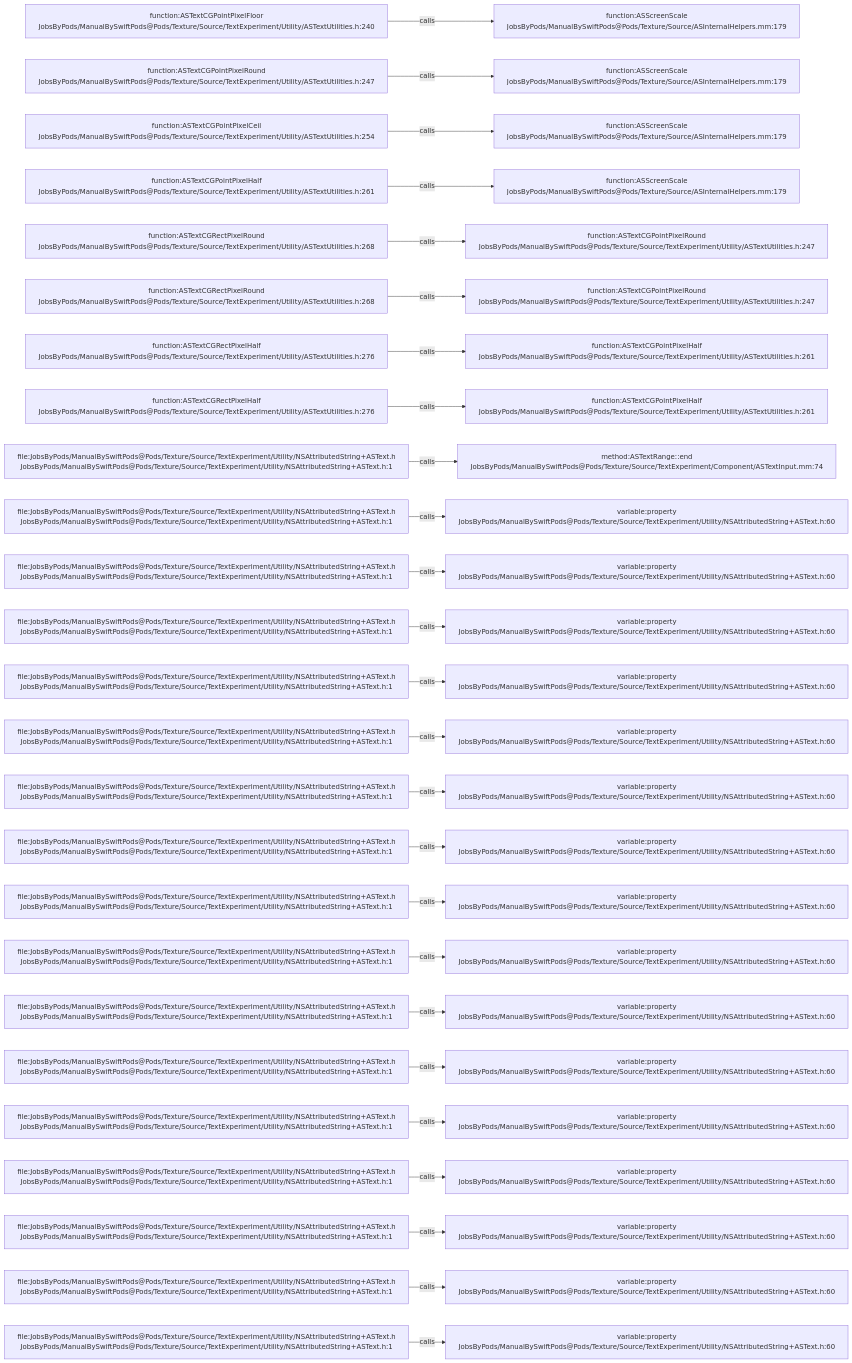
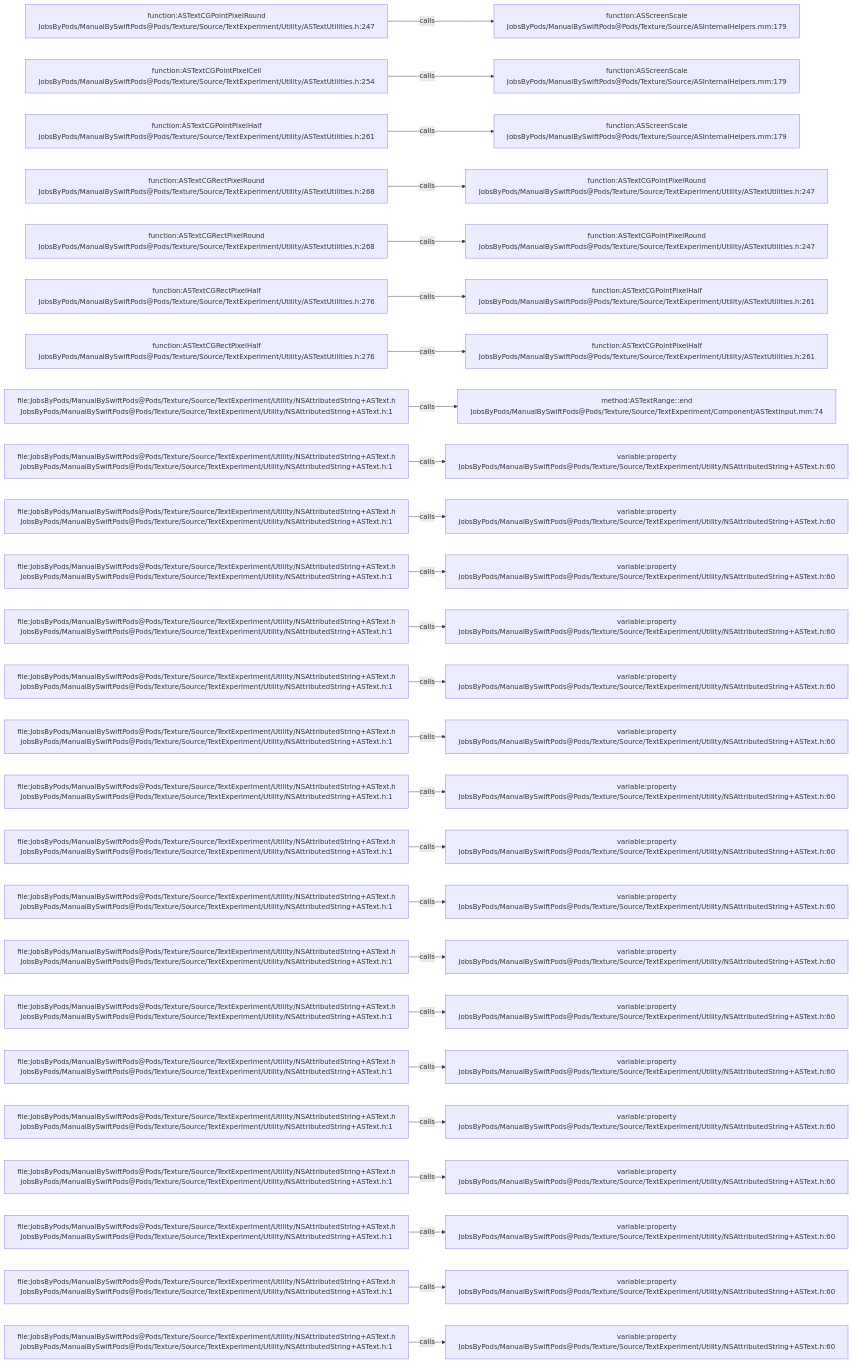
One commit to JobsKits/JobsSwiftBaseConfigDemo changed the diagram in .codegraph/codegraph.md/graphs/calls-140.md. Above: the diagram before and after it, drawn with Mermaid. The commit also changed 747 other files, not shown here.

````diff
--- a/.codegraph/codegraph.md/graphs/calls-140.md
+++ b/.codegraph/codegraph.md/graphs/calls-140.md
@@ -13,78 +13,78 @@
 ```mermaid
 flowchart LR
-  S1["function:ASTextCGPointPixelFloor<br/>JobsByPods/ManualBySwiftPods@Pods/Texture/Source/TextExperiment/Utility/ASTextUtilities.h:240"]
+  S1["function:ASTextCGPointPixelRound<br/>JobsByPods/ManualBySwiftPods@Pods/Texture/Source/TextExperiment/Utility/ASTextUtilities.h:247"]
   T1["function:ASScreenScale<br/>JobsByPods/ManualBySwiftPods@Pods/Texture/Source/ASInternalHelpers.mm:179"]
   S1 -->|calls| T1
-  S2["function:ASTextCGPointPixelRound<br/>JobsByPods/ManualBySwiftPods@Pods/Texture/Source/TextExperiment/Utility/ASTextUtilities.h:247"]
+  S2["function:ASTextCGPointPixelCeil<br/>JobsByPods/ManualBySwiftPods@Pods/Texture/Source/TextExperiment/Utility/ASTextUtilities.h:254"]
   T2["function:ASScreenScale<br/>JobsByPods/ManualBySwiftPods@Pods/Texture/Source/ASInternalHelpers.mm:179"]
   S2 -->|calls| T2
-  S3["function:ASTextCGPointPixelCeil<br/>JobsByPods/ManualBySwiftPods@Pods/Texture/Source/TextExperiment/Utility/ASTextUtilities.h:254"]
+  S3["function:ASTextCGPointPixelHalf<br/>JobsByPods/ManualBySwiftPods@Pods/Texture/Source/TextExperiment/Utility/ASTextUtilities.h:261"]
   T3["function:ASScreenScale<br/>JobsByPods/ManualBySwiftPods@Pods/Texture/Source/ASInternalHelpers.mm:179"]
   S3 -->|calls| T3
-  S4["function:ASTextCGPointPixelHalf<br/>JobsByPods/ManualBySwiftPods@Pods/Texture/Source/TextExperiment/Utility/ASTextUtilities.h:261"]
-  T4["function:ASScreenScale<br/>JobsByPods/ManualBySwiftPods@Pods/Texture/Source/ASInternalHelpers.mm:179"]
+  S4["function:ASTextCGRectPixelRound<br/>JobsByPods/ManualBySwiftPods@Pods/Texture/Source/TextExperiment/Utility/ASTextUtilities.h:268"]
+  T4["function:ASTextCGPointPixelRound<br/>JobsByPods/ManualBySwiftPods@Pods/Texture/Source/TextExperiment/Utility/ASTextUtilities.h:247"]
   S4 -->|calls| T4
   S5["function:ASTextCGRectPixelRound<br/>JobsByPods/ManualBySwiftPods@Pods/Texture/Source/TextExperiment/Utility/ASTextUtilities.h:268"]
   T5["function:ASTextCGPointPixelRound<br/>JobsByPods/ManualBySwiftPods@Pods/Texture/Source/TextExperiment/Utility/ASTextUtilities.h:247"]
   S5 -->|calls| T5
-  S6["function:ASTextCGRectPixelRound<br/>JobsByPods/ManualBySwiftPods@Pods/Texture/Source/TextExperiment/Utility/ASTextUtilities.h:268"]
-  T6["function:ASTextCGPointPixelRound<br/>JobsByPods/ManualBySwiftPods@Pods/Texture/Source/TextExperiment/Utility/ASTextUtilities.h:247"]
+  S6["function:ASTextCGRectPixelHalf<br/>JobsByPods/ManualBySwiftPods@Pods/Texture/Source/TextExperiment/Utility/ASTextUtilities.h:276"]
+  T6["function:ASTextCGPointPixelHalf<br/>JobsByPods/ManualBySwiftPods@Pods/Texture/Source/TextExperiment/Utility/ASTextUtilities.h:261"]
   S6 -->|calls| T6
   S7["function:ASTextCGRectPixelHalf<br/>JobsByPods/ManualBySwiftPods@Pods/Texture/Source/TextExperiment/Utility/ASTextUtilities.h:276"]
   T7["function:ASTextCGPointPixelHalf<br/>JobsByPods/ManualBySwiftPods@Pods/Texture/Source/TextExperiment/Utility/ASTextUtilities.h:261"]
   S7 -->|calls| T7
-  S8["function:ASTextCGRectPixelHalf<br/>JobsByPods/ManualBySwiftPods@Pods/Texture/Source/TextExperiment/Utility/ASTextUtilities.h:276"]
-  T8["function:ASTextCGPointPixelHalf<br/>JobsByPods/ManualBySwiftPods@Pods/Texture/Source/TextExperiment/Utility/ASTextUtilities.h:261"]
+  S8["file:JobsByPods/ManualBySwiftPods@Pods/Texture/Source/TextExperiment/Utility/NSAttributedString+ASText.h<br/>JobsByPods/ManualBySwiftPods@Pods/Texture/Source/TextExperiment/Utility/NSAttributedString+ASText.h:1"]
+  T8["method:ASTextRange::end<br/>JobsByPods/ManualBySwiftPods@Pods/Texture/Source/TextExperiment/Component/ASTextInput.mm:74"]
   S8 -->|calls| T8
   S9["file:JobsByPods/ManualBySwiftPods@Pods/Texture/Source/TextExperiment/Utility/NSAttributedString+ASText.h<br/>JobsByPods/ManualBySwiftPods@Pods/Texture/Source/TextExperiment/Utility/NSAttributedString+ASText.h:1"]
-  T9["method:ASTextRange::end<br/>JobsByPods/ManualBySwiftPods@Pods/Texture/Source/TextExperiment/Component/ASTextInput.mm:74"]
+  T9["variable:property<br/>JobsByPods/ManualBySwiftPods@Pods/Texture/Source/TextExperiment/Utility/NSAttributedString+ASText.h:60"]
   S9 -->|calls| T9
   S10["file:JobsByPods/ManualBySwiftPods@Pods/Texture/Source/TextExperiment/Utility/NSAttributedString+ASText.h<br/>JobsByPods/ManualBySwiftPods@Pods/Texture/Source/TextExperiment/Utility/NSAttributedString+ASText.h:1"]
   T10["variable:property<br/>JobsByPods/ManualBySwiftPods@Pods/Texture/Source/TextExperiment/Utility/NSAttributedString+ASText.h:60"]
   S10 -->|calls| T10
   S11["file:JobsByPods/ManualBySwiftPods@Pods/Texture/Source/TextExperiment/Utility/NSAttributedString+ASText.h<br/>JobsByPods/ManualBySwiftPods@Pods/Texture/Source/TextExperiment/Utility/NSAttributedString+ASText.h:1"]
   T11["variable:property<br/>JobsByPods/ManualBySwiftPods@Pods/Texture/Source/TextExperiment/Utility/NSAttributedString+ASText.h:60"]
   S11 -->|calls| T11
   S12["file:JobsByPods/ManualBySwiftPods@Pods/Texture/Source/TextExperiment/Utility/NSAttributedString+ASText.h<br/>JobsByPods/ManualBySwiftPods@Pods/Texture/Source/TextExperiment/Utility/NSAttributedString+ASText.h:1"]
   T12["variable:property<br/>JobsByPods/ManualBySwiftPods@Pods/Texture/Source/TextExperiment/Utility/NSAttributedString+ASText.h:60"]
   S12 -->|calls| T12
   S13["file:JobsByPods/ManualBySwiftPods@Pods/Texture/Source/TextExperiment/Utility/NSAttributedString+ASText.h<br/>JobsByPods/ManualBySwiftPods@Pods/Texture/Source/TextExperiment/Utility/NSAttributedString+ASText.h:1"]
   T13["variable:property<br/>JobsByPods/ManualBySwiftPods@Pods/Texture/Source/TextExperiment/Utility/NSAttributedString+ASText.h:60"]
   S13 -->|calls| T13
   S14["file:JobsByPods/ManualBySwiftPods@Pods/Texture/Source/TextExperiment/Utility/NSAttributedString+ASText.h<br/>JobsByPods/ManualBySwiftPods@Pods/Texture/Source/TextExperiment/Utility/NSAttributedString+ASText.h:1"]
   T14["variable:property<br/>JobsByPods/ManualBySwiftPods@Pods/Texture/Source/TextExperiment/Utility/NSAttributedString+ASText.h:60"]
   S14 -->|calls| T14
   S15["file:JobsByPods/ManualBySwiftPods@Pods/Texture/Source/TextExperiment/Utility/NSAttributedString+ASText.h<br/>JobsByPods/ManualBySwiftPods@Pods/Texture/Source/TextExperiment/Utility/NSAttributedString+ASText.h:1"]
   T15["variable:property<br/>JobsByPods/ManualBySwiftPods@Pods/Texture/Source/TextExperiment/Utility/NSAttributedString+ASText.h:60"]
   S15 -->|calls| T15
   S16["file:JobsByPods/ManualBySwiftPods@Pods/Texture/Source/TextExperiment/Utility/NSAttributedString+ASText.h<br/>JobsByPods/ManualBySwiftPods@Pods/Texture/Source/TextExperiment/Utility/NSAttributedString+ASText.h:1"]
   T16["variable:property<br/>JobsByPods/ManualBySwiftPods@Pods/Texture/Source/TextExperiment/Utility/NSAttributedString+ASText.h:60"]
   S16 -->|calls| T16
   S17["file:JobsByPods/ManualBySwiftPods@Pods/Texture/Source/TextExperiment/Utility/NSAttributedString+ASText.h<br/>JobsByPods/ManualBySwiftPods@Pods/Texture/Source/TextExperiment/Utility/NSAttributedString+ASText.h:1"]
   T17["variable:property<br/>JobsByPods/ManualBySwiftPods@Pods/Texture/Source/TextExperiment/Utility/NSAttributedString+ASText.h:60"]
   S17 -->|calls| T17
   S18["file:JobsByPods/ManualBySwiftPods@Pods/Texture/Source/TextExperiment/Utility/NSAttributedString+ASText.h<br/>JobsByPods/ManualBySwiftPods@Pods/Texture/Source/TextExperiment/Utility/NSAttributedString+ASText.h:1"]
   T18["variable:property<br/>JobsByPods/ManualBySwiftPods@Pods/Texture/Source/TextExperiment/Utility/NSAttributedString+ASText.h:60"]
   S18 -->|calls| T18
   S19["file:JobsByPods/ManualBySwiftPods@Pods/Texture/Source/TextExperiment/Utility/NSAttributedString+ASText.h<br/>JobsByPods/ManualBySwiftPods@Pods/Texture/Source/TextExperiment/Utility/NSAttributedString+ASText.h:1"]
   T19["variable:property<br/>JobsByPods/ManualBySwiftPods@Pods/Texture/Source/TextExperiment/Utility/NSAttributedString+ASText.h:60"]
   S19 -->|calls| T19
   S20["file:JobsByPods/ManualBySwiftPods@Pods/Texture/Source/TextExperiment/Utility/NSAttributedString+ASText.h<br/>JobsByPods/ManualBySwiftPods@Pods/Texture/Source/TextExperiment/Utility/NSAttributedString+ASText.h:1"]
   T20["variable:property<br/>JobsByPods/ManualBySwiftPods@Pods/Texture/Source/TextExperiment/Utility/NSAttributedString+ASText.h:60"]
   S20 -->|calls| T20
   S21["file:JobsByPods/ManualBySwiftPods@Pods/Texture/Source/TextExperiment/Utility/NSAttributedString+ASText.h<br/>JobsByPods/ManualBySwiftPods@Pods/Texture/Source/TextExperiment/Utility/NSAttributedString+ASText.h:1"]
   T21["variable:property<br/>JobsByPods/ManualBySwiftPods@Pods/Texture/Source/TextExperiment/Utility/NSAttributedString+ASText.h:60"]
   S21 -->|calls| T21
   S22["file:JobsByPods/ManualBySwiftPods@Pods/Texture/Source/TextExperiment/Utility/NSAttributedString+ASText.h<br/>JobsByPods/ManualBySwiftPods@Pods/Texture/Source/TextExperiment/Utility/NSAttributedString+ASText.h:1"]
   T22["variable:property<br/>JobsByPods/ManualBySwiftPods@Pods/Texture/Source/TextExperiment/Utility/NSAttributedString+ASText.h:60"]
   S22 -->|calls| T22
   S23["file:JobsByPods/ManualBySwiftPods@Pods/Texture/Source/TextExperiment/Utility/NSAttributedString+ASText.h<br/>JobsByPods/ManualBySwiftPods@Pods/Texture/Source/TextExperiment/Utility/NSAttributedString+ASText.h:1"]
   T23["variable:property<br/>JobsByPods/ManualBySwiftPods@Pods/Texture/Source/TextExperiment/Utility/NSAttributedString+ASText.h:60"]
   S23 -->|calls| T23
   S24["file:JobsByPods/ManualBySwiftPods@Pods/Texture/Source/TextExperiment/Utility/NSAttributedString+ASText.h<br/>JobsByPods/ManualBySwiftPods@Pods/Texture/Source/TextExperiment/Utility/NSAttributedString+ASText.h:1"]
   T24["variable:property<br/>JobsByPods/ManualBySwiftPods@Pods/Texture/Source/TextExperiment/Utility/NSAttributedString+ASText.h:60"]
   S24 -->|calls| T24
   S25["file:JobsByPods/ManualBySwiftPods@Pods/Texture/Source/TextExperiment/Utility/NSAttributedString+ASText.h<br/>JobsByPods/ManualBySwiftPods@Pods/Texture/Source/TextExperiment/Utility/NSAttributedString+ASText.h:1"]
   T25["variable:property<br/>JobsByPods/ManualBySwiftPods@Pods/Texture/Source/TextExperiment/Utility/NSAttributedString+ASText.h:60"]
   S25 -->|calls| T25
 ```
````
